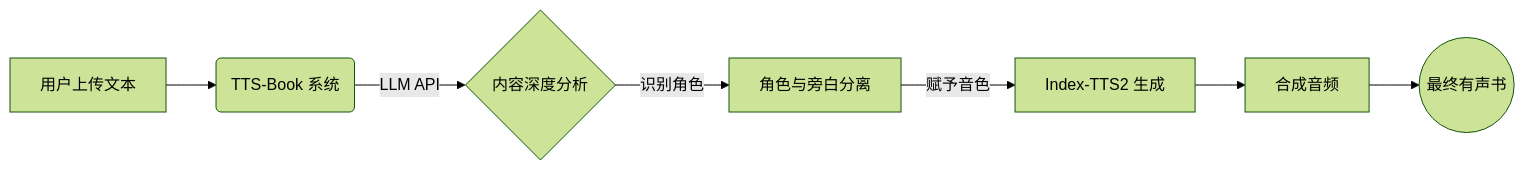
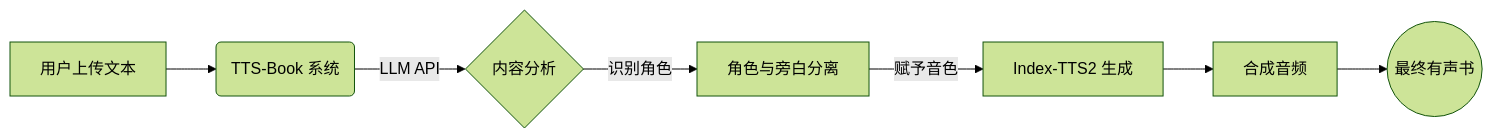
The diagram in README.md (kermit-r-wood/tts-book), drawn with Mermaid (forest theme) before and after one commit. The commit also changed other lines of this file and 2 other files, not shown here.

````diff
--- a/README.md
+++ b/README.md
@@ -23,9 +35,9 @@
 ```mermaid
 graph LR
     A[用户上传文本] --> B(TTS-Book 系统);
-    B -->|LLM API| C{内容深度分析};
+    B -->|LLM API| C{内容分析};
     C -->|识别角色| D[角色与旁白分离];
     D -->|赋予音色| E[Index-TTS2 生成];
     E --> F[合成音频];
     F --> G((最终有声书));
 ```
````
